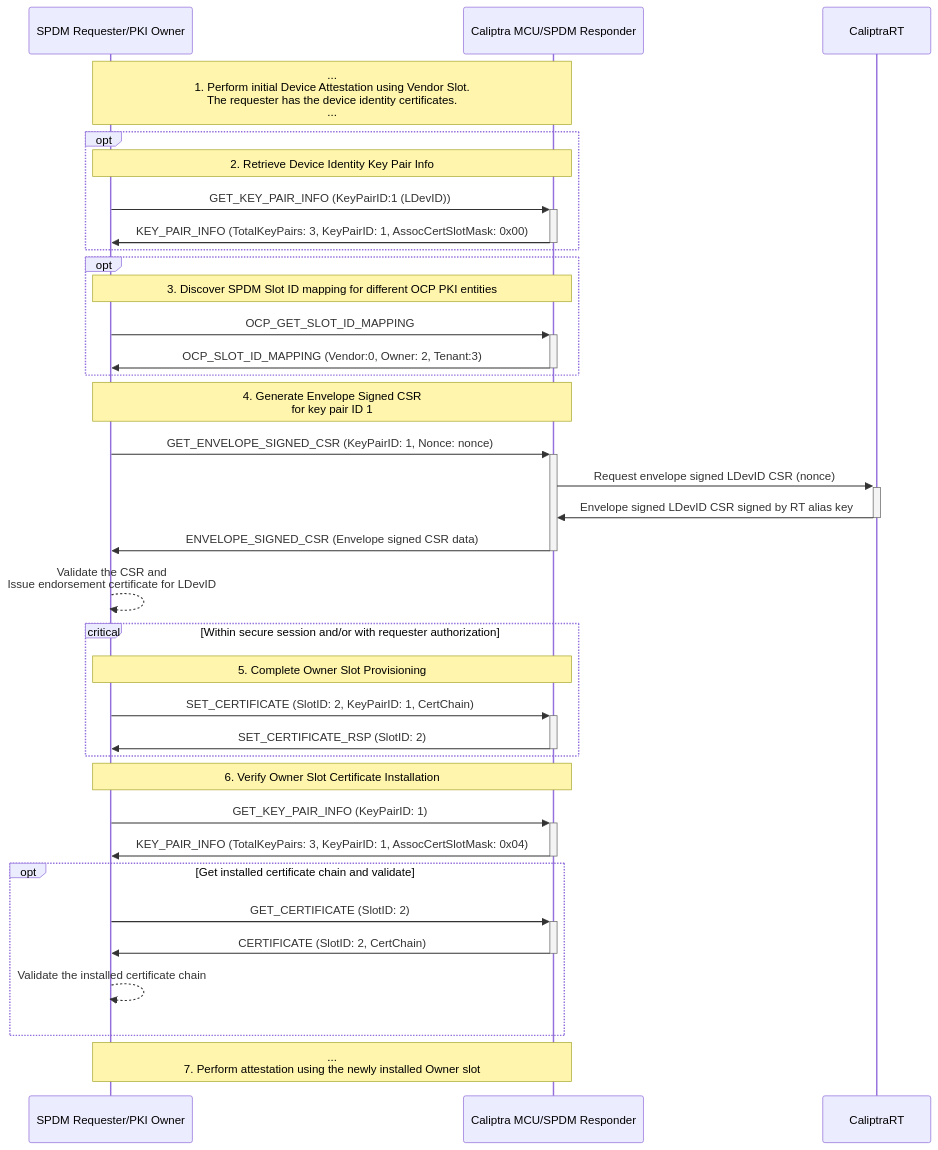
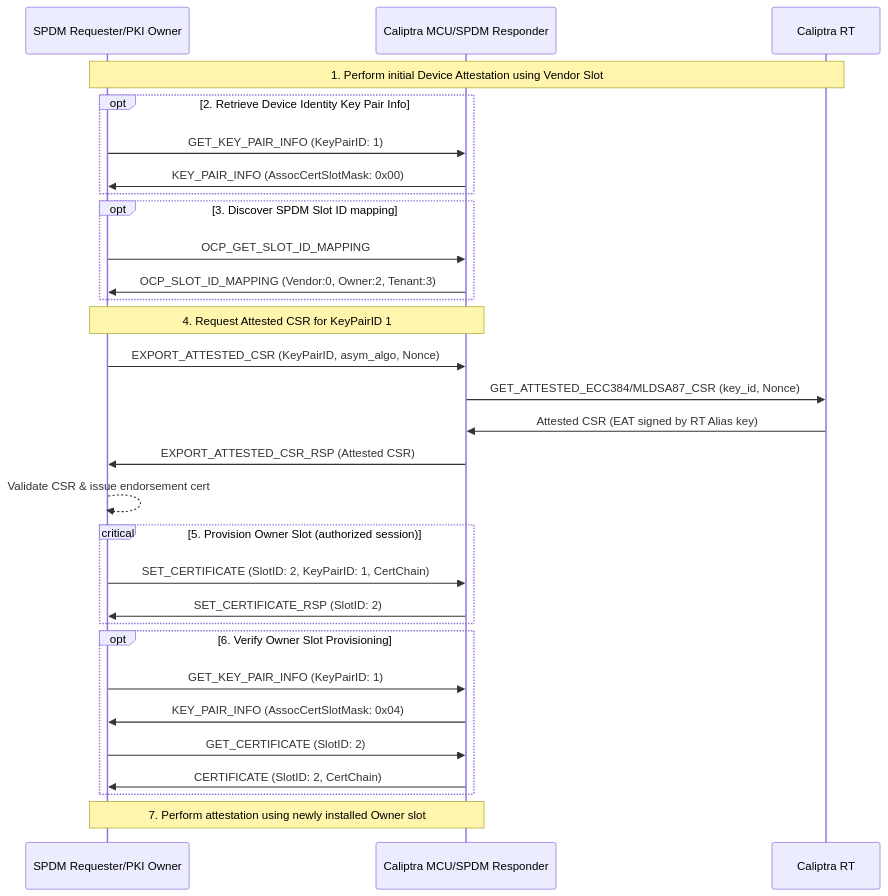
The diagram in docs/src/cert_slot_mgmt.md (chipsalliance/caliptra-mcu-sw), drawn with Mermaid before and after one commit. The commit also changed other lines of this file, not shown here.

Commit message:
update sequence diagram

````diff
--- a/docs/src/cert_slot_mgmt.md
+++ b/docs/src/cert_slot_mgmt.md
@@ -31,37 +31,32 @@
 ```mermaid
 sequenceDiagram
     participant SPDMRequester as SPDM Requester/PKI Owner
     participant MCU as Caliptra MCU/SPDM Responder
-    participant CaliptraRT
-    Note over SPDMRequester,MCU: ...<br/> 1. Perform initial Device Attestation using Vendor Slot. <br/>The requester has the device identity certificates.<br/> ...
-    opt 
-        Note over SPDMRequester,MCU: 2. Retrieve Device Identity Key Pair Info
-        SPDMRequester->>+MCU: GET_KEY_PAIR_INFO (KeyPairID:1 (LDevID))
-        MCU->>-SPDMRequester: KEY_PAIR_INFO (TotalKeyPairs: 3, KeyPairID: 1, AssocCertSlotMask: 0x00)
+    participant CaliptraRT as Caliptra RT
+    Note over SPDMRequester,CaliptraRT: 1. Perform initial Device Attestation using Vendor Slot
+    opt 2. Retrieve Device Identity Key Pair Info
+        SPDMRequester->>MCU: GET_KEY_PAIR_INFO (KeyPairID: 1)
+        MCU->>SPDMRequester: KEY_PAIR_INFO (AssocCertSlotMask: 0x00)
     end
-    opt 
-        Note over SPDMRequester,MCU: 3. Discover SPDM Slot ID mapping for different OCP PKI entities
-        SPDMRequester->>+MCU: OCP_GET_SLOT_ID_MAPPING
-        MCU->>-SPDMRequester: OCP_SLOT_ID_MAPPING (Vendor:0, Owner: 2, Tenant:3)
+    opt 3. Discover SPDM Slot ID mapping
+        SPDMRequester->>MCU: OCP_GET_SLOT_ID_MAPPING
+        MCU->>SPDMRequester: OCP_SLOT_ID_MAPPING (Vendor:0, Owner:2, Tenant:3)
     end
-    Note over SPDMRequester,MCU: 4. Generate Envelope Signed CSR <br/> for key pair ID 1
-    SPDMRequester->>+MCU: GET_ENVELOPE_SIGNED_CSR (KeyPairID: 1, Nonce: nonce)
-    MCU->>+CaliptraRT: Request envelope signed LDevID CSR (nonce)
-    CaliptraRT->>-MCU: Envelope signed LDevID CSR signed by RT alias key
-    MCU->>-SPDMRequester: ENVELOPE_SIGNED_CSR (Envelope signed CSR data)
-    SPDMRequester-->>SPDMRequester: Validate the CSR and <br/>Issue endorsement certificate for LDevID
-    critical Within secure session and/or with requester authorization
-        Note over SPDMRequester,MCU: 5. Complete Owner Slot Provisioning
-        SPDMRequester->>+MCU: SET_CERTIFICATE (SlotID: 2, KeyPairID: 1, CertChain)
-        MCU->>-SPDMRequester:SET_CERTIFICATE_RSP (SlotID: 2)
+    Note over SPDMRequester,MCU: 4. Request Attested CSR for KeyPairID 1
+    SPDMRequester->>MCU: EXPORT_ATTESTED_CSR (KeyPairID, asym_algo, Nonce)
+    MCU->>CaliptraRT: GET_ATTESTED_ECC384/MLDSA87_CSR (key_id, Nonce)
+    CaliptraRT->>MCU: Attested CSR (EAT signed by RT Alias key)
+    MCU->>SPDMRequester: EXPORT_ATTESTED_CSR_RSP (Attested CSR)
+    SPDMRequester-->>SPDMRequester: Validate CSR & issue endorsement cert
+    critical 5. Provision Owner Slot (authorized session)
+        SPDMRequester->>MCU: SET_CERTIFICATE (SlotID: 2, KeyPairID: 1, CertChain)
+        MCU->>SPDMRequester: SET_CERTIFICATE_RSP (SlotID: 2)
     end
-    Note over SPDMRequester,MCU: 6. Verify Owner Slot Certificate Installation
-    SPDMRequester->>+MCU: GET_KEY_PAIR_INFO (KeyPairID: 1)
-    MCU->>-SPDMRequester: KEY_PAIR_INFO (TotalKeyPairs: 3, KeyPairID: 1, AssocCertSlotMask: 0x04)
-    opt Get installed certificate chain and validate
-        SPDMRequester->>+MCU: GET_CERTIFICATE (SlotID: 2)
-        MCU->>-SPDMRequester: CERTIFICATE (SlotID: 2, CertChain)
-        SPDMRequester-->>SPDMRequester: Validate the installed certificate chain
+    opt 6. Verify Owner Slot Provisioning
+        SPDMRequester->>MCU: GET_KEY_PAIR_INFO (KeyPairID: 1)
+        MCU->>SPDMRequester: KEY_PAIR_INFO (AssocCertSlotMask: 0x04)
+        SPDMRequester->>MCU: GET_CERTIFICATE (SlotID: 2)
+        MCU->>SPDMRequester: CERTIFICATE (SlotID: 2, CertChain)
     end
-    Note over SPDMRequester,MCU: ...<br/> 7. Perform attestation using the newly installed Owner slot
+    Note over SPDMRequester,MCU: 7. Perform attestation using newly installed Owner slot
 ```
````
